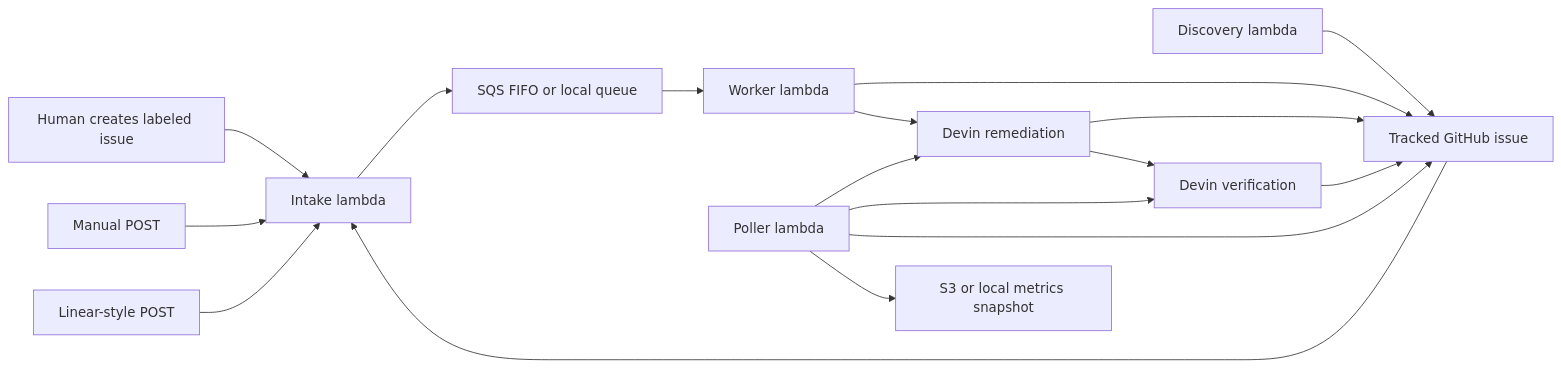
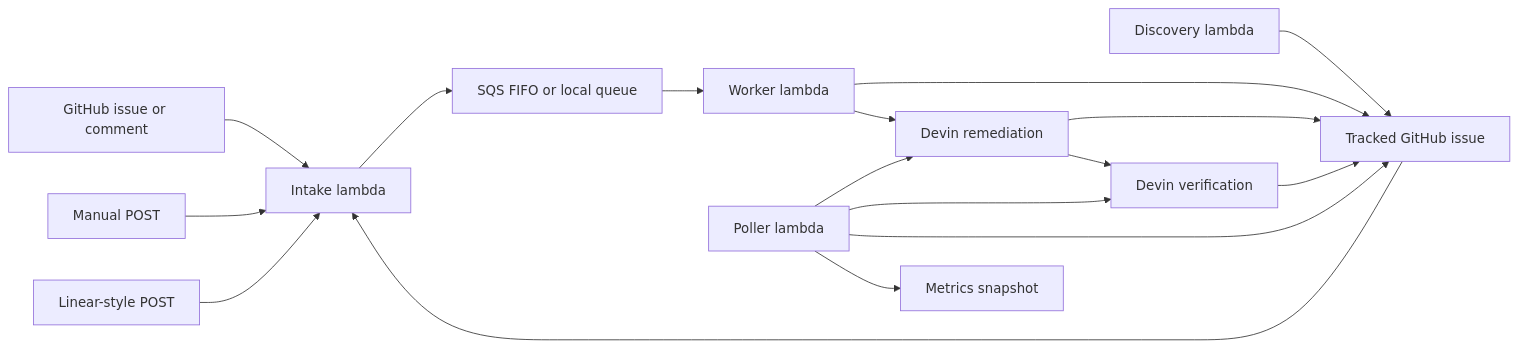
One commit to C0smicCrush/devin-vuln-automation changed the second of 2 diagrams in ARCHITECTURE.md. Above: the diagram before and after it, drawn with Mermaid. The commit also changed other lines of this file and 1 other file, not shown here.

First line of the commit message:
docs: refresh README and architecture overview

````diff
--- a/ARCHITECTURE.md
+++ b/ARCHITECTURE.md
@@ -98,31 +184,31 @@
 ```mermaid
 flowchart LR
-    humanIssue["Human creates labeled issue"]
+    githubIssue["GitHub issue or comment"]
     manualPost["Manual POST"]
     linearPost["Linear-style POST"]
     discovery["Discovery lambda"]
     intake["Intake lambda"]
     queue["SQS FIFO or local queue"]
     worker["Worker lambda"]
-    issue["Tracked GitHub issue"]
+    trackedIssue["Tracked GitHub issue"]
     remediation["Devin remediation"]
     verification["Devin verification"]
     poller["Poller lambda"]
-    metrics["S3 or local metrics snapshot"]
+    metrics["Metrics snapshot"]
 
-    humanIssue --> intake
+    githubIssue --> intake
     manualPost --> intake
     linearPost --> intake
-    discovery --> issue
-    issue --> intake
+    discovery --> trackedIssue
+    trackedIssue --> intake
     intake --> queue --> worker
-    worker --> issue
+    worker --> trackedIssue
     worker --> remediation
-    remediation --> issue
+    remediation --> trackedIssue
     remediation --> verification
-    verification --> issue
+    verification --> trackedIssue
     poller --> remediation
     poller --> verification
-    poller --> issue
+    poller --> trackedIssue
     poller --> metrics
 ```
````
